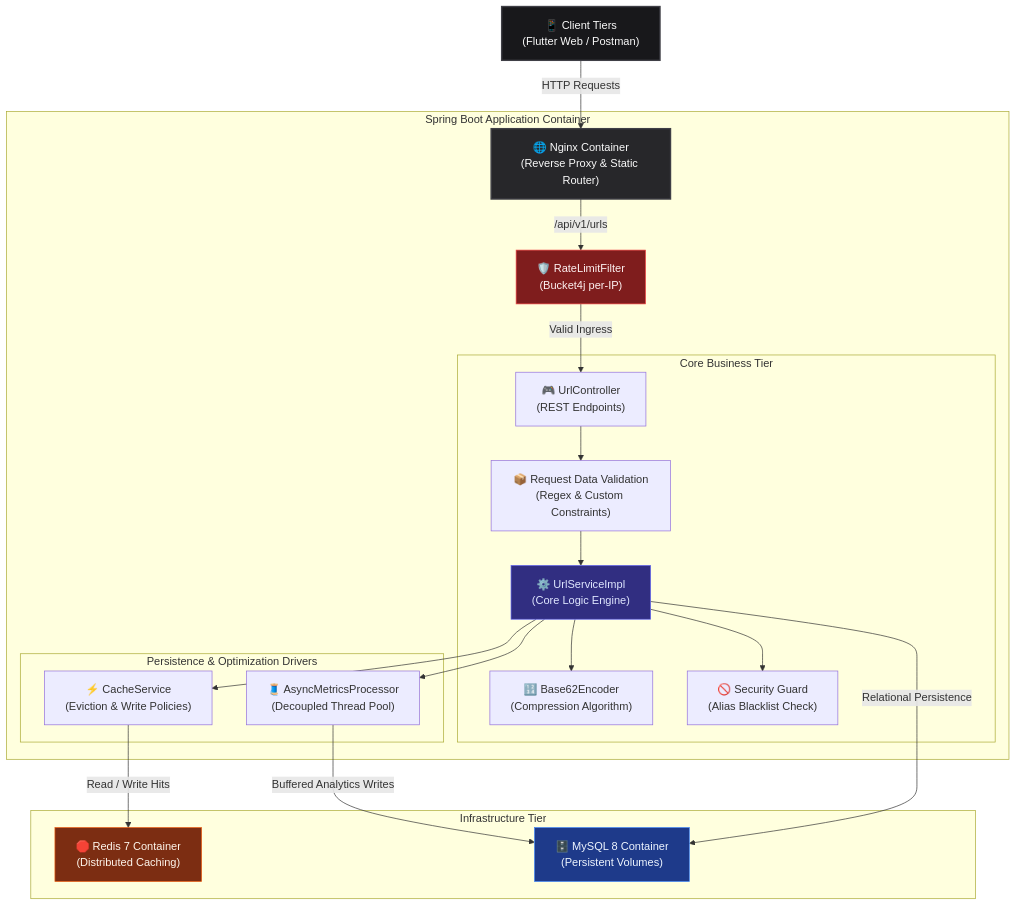
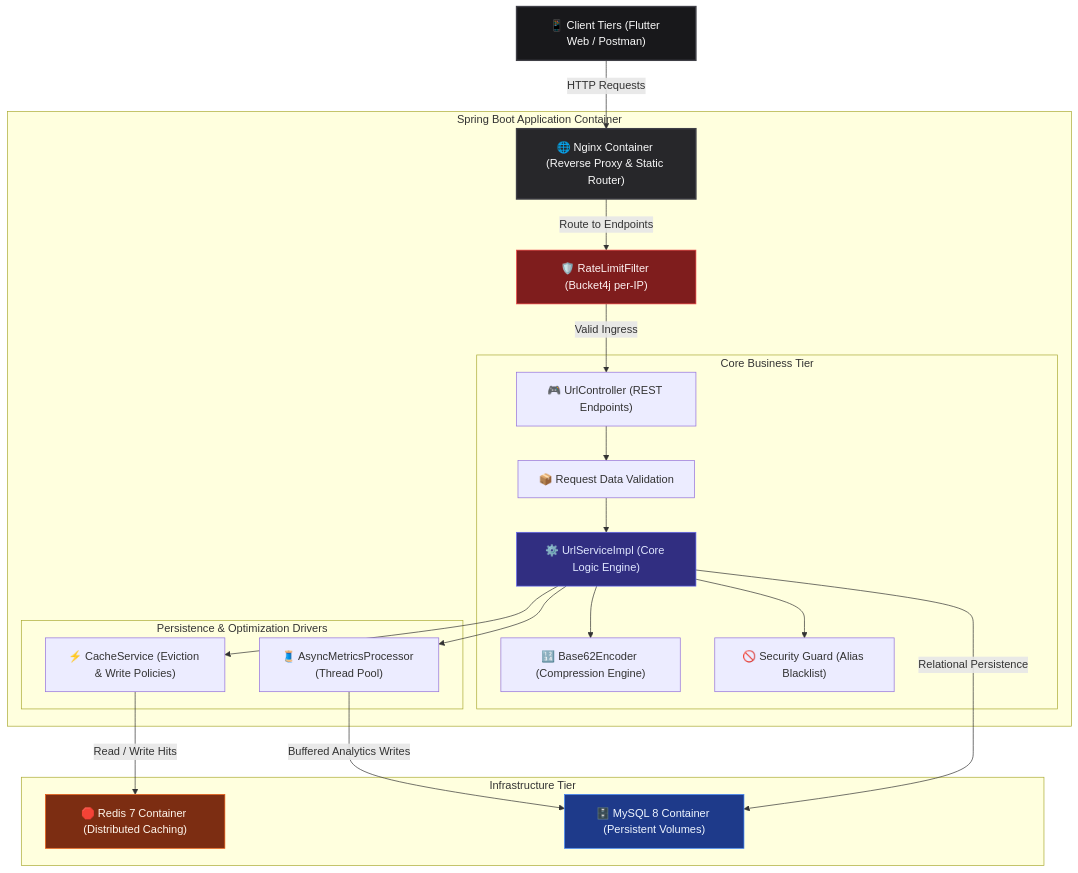
The first of 3 diagrams in README.md (khushi-jaiswal0512/Url-shortner), drawn with Mermaid before and after one commit.

Commit message:
docs: Update architecture mermaid diagram with fully cleaned version

````diff
--- a/README.md
+++ b/README.md
@@ -11,36 +11,35 @@
 ```mermaid
 graph TD
-    %% Client Layer Ingress
-    Client["📱 Client Tiers<br/>(Flutter Web / Postman)"] -->|HTTP Requests| Nginx["🌐 Nginx Container<br/>(Reverse Proxy & Static Router)"]
+    Client["📱 Client Tiers (Flutter Web / Postman)"] -->|HTTP Requests| Nginx["🌐 Nginx Container (Reverse Proxy & Static Router)"]
 
     subgraph "Spring Boot Application Container"
-        Nginx -->|"/api/v1/urls"| Filter["🛡️ RateLimitFilter<br/>(Bucket4j per-IP)"]
-        Filter -->|Valid Ingress| Controller["🎮 UrlController<br/>(REST Endpoints)"]
+        Nginx -->|Route to Endpoints| Filter["🛡️ RateLimitFilter (Bucket4j per-IP)"]
+        Filter -->|Valid Ingress| Controller["🎮 UrlController (REST Endpoints)"]
         
         subgraph "Core Business Tier"
-            Controller --> DTO["📦 Request Data Validation<br/>(Regex & Custom Constraints)"]
-            DTO --> Service["⚙️ UrlServiceImpl<br/>(Core Logic Engine)"]
-            Service --> Encoder["🔢 Base62Encoder<br/>(Compression Algorithm)"]
-            Service --> Blacklist["🚫 Security Guard<br/>(Alias Blacklist Check)"]
+            Controller --> DTO["📦 Request Data Validation"]
+            DTO --> Service["⚙️ UrlServiceImpl (Core Logic Engine)"]
+            Service --> Encoder["🔢 Base62Encoder (Compression Engine)"]
+            Service --> Blacklist["🚫 Security Guard (Alias Blacklist)"]
         end
 
         subgraph "Persistence & Optimization Drivers"
-            Service --> CacheService["⚡ CacheService<br/>(Eviction & Write Policies)"]
-            Service --> AsyncMetrics["🧵 AsyncMetricsProcessor<br/>(Decoupled Thread Pool)"]
+            Service --> CacheService["⚡ CacheService (Eviction & Write Policies)"]
+            Service --> AsyncMetrics["🧵 AsyncMetricsProcessor (Thread Pool)"]
         end
     end
 
     subgraph "Infrastructure Tier"
-        CacheService -->|Read / Write Hits| Redis["🛑 Redis 7 Container<br/>(Distributed Caching)"]
-        Service -->|Relational Persistence| MySQL["🗄️ MySQL 8 Container<br/>(Persistent Volumes)"]
+        CacheService -->|Read / Write Hits| Redis["🛑 Redis 7 Container (Distributed Caching)"]
+        Service -->|Relational Persistence| MySQL["🗄️ MySQL 8 Container (Persistent Volumes)"]
         AsyncMetrics -->|Buffered Analytics Writes| MySQL
     end
 
-    %% Visual styling overrides for node clarity
+    %% Visual styling overrides
     style Client fill:#18181b,stroke:#3f3f46,stroke-width:2px,color:#fafafa
     style Nginx fill:#27272a,stroke:#3f3f46,stroke-width:2px,color:#fafafa
     style Filter fill:#7f1d1d,stroke:#ef4444,stroke-width:1px,color:#fef2f2
     style Redis fill:#7c2d12,stroke:#ea580c,stroke-width:1px,color:#fff7ed
     style MySQL fill:#1e3a8a,stroke:#3b82f6,stroke-width:1px,color:#eff6ff
     style Service fill:#312e81,stroke:#6366f1,stroke-width:1px,color:#e0e7ff
 ```
````
